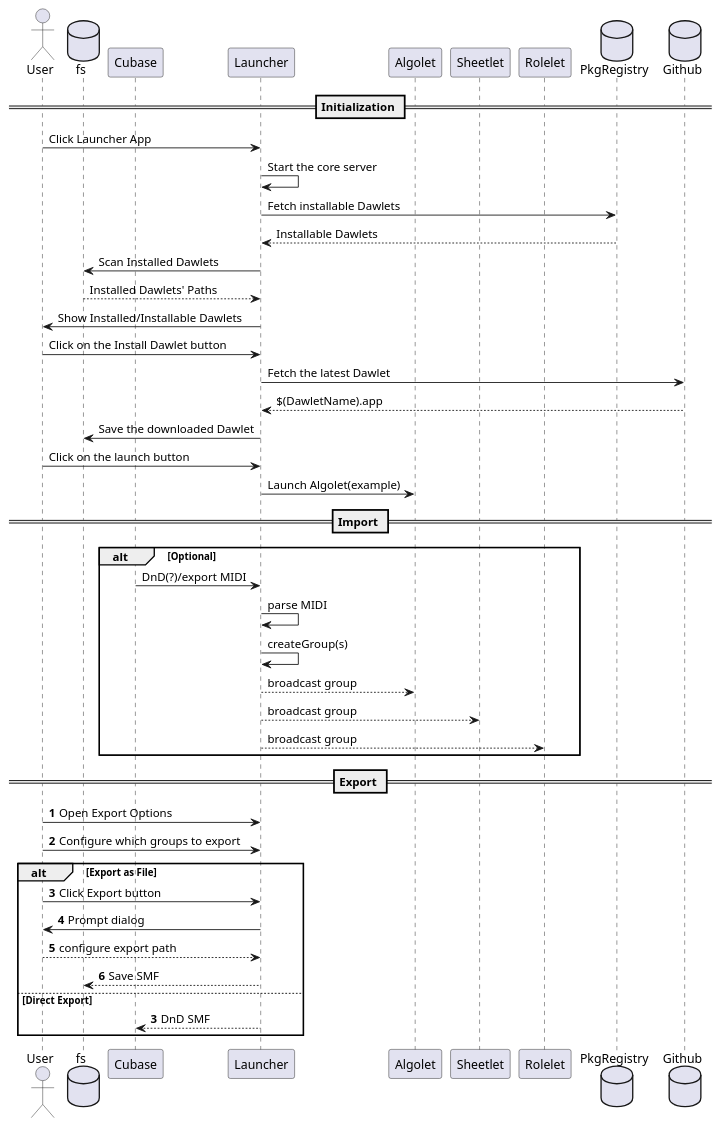
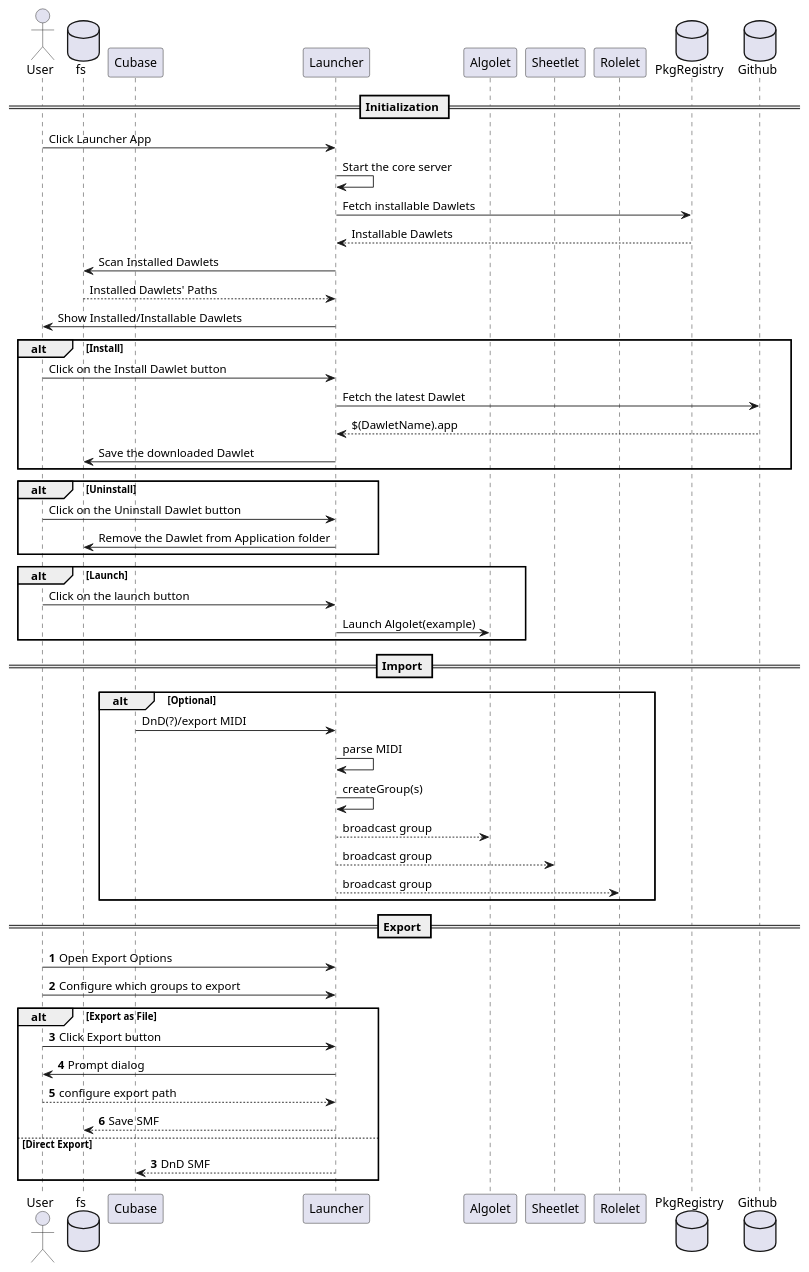
One commit to dawlet-team/dawlet-poc changed the diagram in yogo/docs/sequence.pu. Above: the diagram before and after it, drawn with PlantUML.

Commit message:
docs: add uninstall section to sequence

```diff
--- a/yogo/docs/sequence.pu
+++ b/yogo/docs/sequence.pu
@@ -1,55 +1,63 @@
 @startuml Dawlet Sequence
 actor User
 database fs
 participant Cubase
 participant Launcher
 participant Algolet
 participant Sheetlet
 participant Rolelet
 database PkgRegistry
 database Github
 
 == Initialization ==
 
 User -> Launcher: Click Launcher App
 Launcher -> Launcher: Start the core server
 Launcher -> PkgRegistry: Fetch installable Dawlets
 Launcher <-- PkgRegistry: Installable Dawlets
 Launcher -> fs: Scan Installed Dawlets
 fs --> Launcher: Installed Dawlets' Paths
 User <- Launcher: Show Installed/Installable Dawlets
-User -> Launcher: Click on the Install Dawlet button
-Launcher -> Github: Fetch the latest Dawlet
-Launcher <-- Github: $(DawletName).app
-fs <- Launcher: Save the downloaded Dawlet
-User -> Launcher: Click on the launch button
-Launcher -> Algolet: Launch Algolet(example)
+alt Install
+  User -> Launcher: Click on the Install Dawlet button
+  Launcher -> Github: Fetch the latest Dawlet
+  Launcher <-- Github: $(DawletName).app
+  fs <- Launcher: Save the downloaded Dawlet
+end
+alt Uninstall
+  User -> Launcher: Click on the Uninstall Dawlet button
+  fs <- Launcher: Remove the Dawlet from Application folder
+end
+alt Launch
+  User -> Launcher: Click on the launch button
+  Launcher -> Algolet: Launch Algolet(example)
+end
 
 
 == Import ==
 
 alt Optional
   Cubase -> Launcher: DnD(?)/export MIDI
   Launcher -> Launcher: parse MIDI
   Launcher -> Launcher: createGroup(s)
   Launcher --> Algolet: broadcast group
   Launcher --> Sheetlet: broadcast group
   Launcher --> Rolelet: broadcast group
 end
 
 == Export ==
 
 autonumber
 User -> Launcher: Open Export Options
 User -> Launcher: Configure which groups to export
 alt Export as File
   User -> Launcher: Click Export button
   User <- Launcher: Prompt dialog
   User --> Launcher: configure export path
   fs <-- Launcher: Save SMF
 else Direct Export
   autonumber 3
   Cubase <-- Launcher: DnD SMF
 end
 
 @enduml
```
